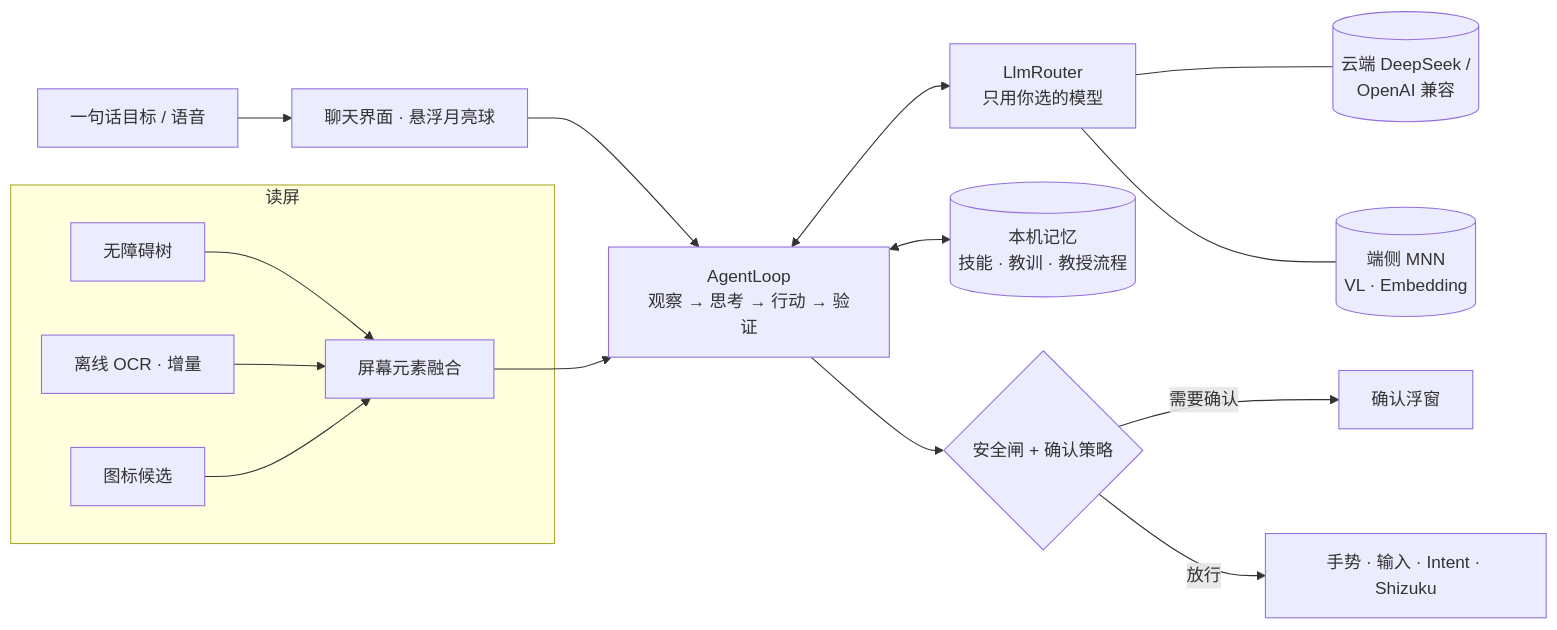
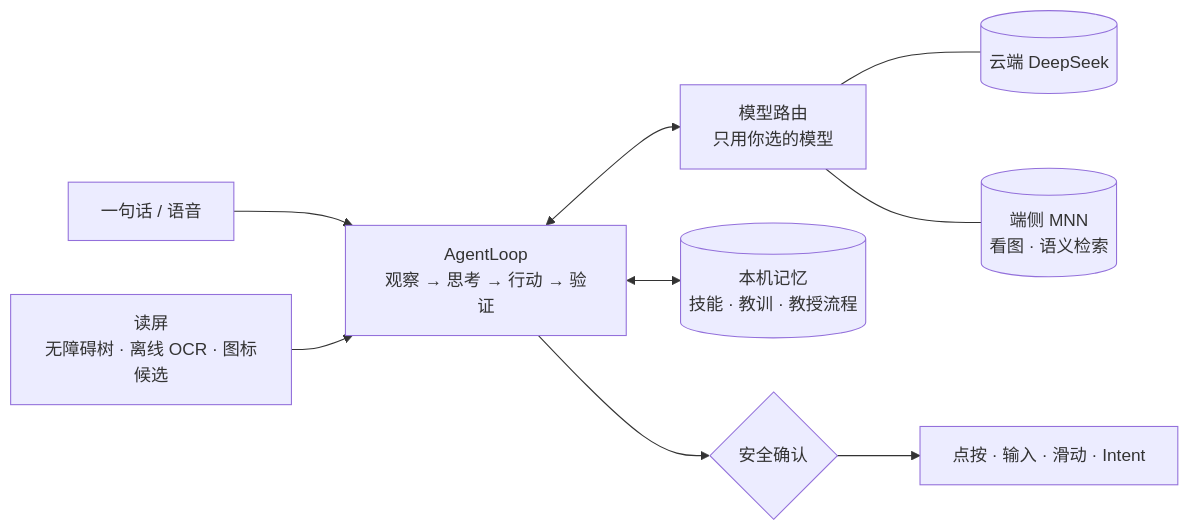
Before and after one commit to Runa-Asahi/tsuki-phone-agent: the diagram in README.md, drawn with Mermaid. The commit also changed other lines of this file and 1 other file, not shown here.

````diff
--- a/README.md
+++ b/README.md
@@ -35,18 +82,11 @@
 ```mermaid
 flowchart LR
-    U[一句话目标 / 语音] --> UI[聊天界面 · 悬浮月亮球]
-    UI --> L[AgentLoop<br/>观察 → 思考 → 行动 → 验证]
-    subgraph Eyes[读屏]
-      T[无障碍树] --> M[屏幕元素融合]
-      O[离线 OCR · 增量] --> M
-      Z[图标候选] --> M
-    end
-    M --> L
-    L <--> R[LlmRouter<br/>只用你选的模型]
-    R --- C[(云端 DeepSeek /<br/>OpenAI 兼容)]
-    R --- N[(端侧 MNN<br/>VL · Embedding)]
-    L <--> MEM[(本机记忆<br/>技能 · 教训 · 教授流程)]
-    L --> G{安全闸 + 确认策略}
-    G -->|需要确认| CF[确认浮窗]
-    G -->|放行| H[手势 · 输入 · Intent · Shizuku]
+    U[一句话 / 语音] --> L[AgentLoop<br/>观察 → 思考 → 行动 → 验证]
+    S[读屏<br/>无障碍树 · 离线 OCR · 图标候选] --> L
+    L <--> R[模型路由<br/>只用你选的模型]
+    R --- C[(云端 DeepSeek)]
+    R --- N[(端侧 MNN<br/>看图 · 语义检索)]
+    L <--> M[(本机记忆<br/>技能 · 教训 · 教授流程)]
+    L --> G{安全确认}
+    G --> H[点按 · 输入 · 滑动 · Intent]
 ```
````
